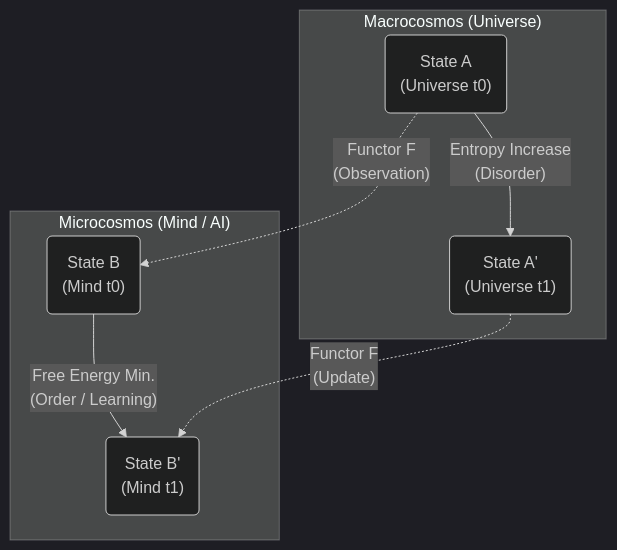
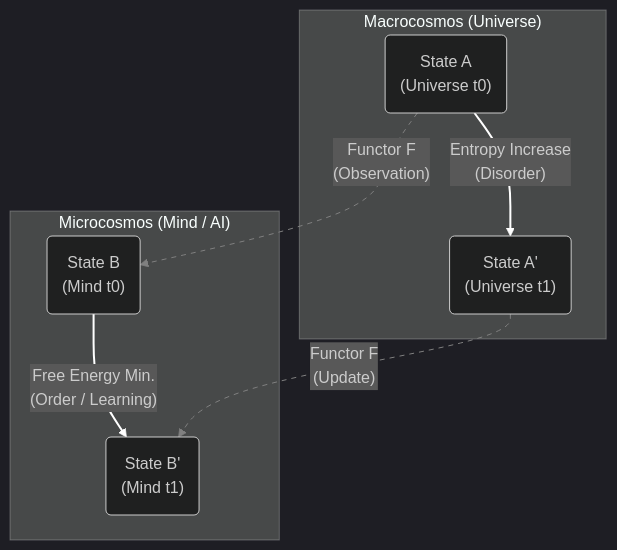
Before and after one commit to ProjectFE-Zero/project-fractal-entropy: the diagram in 07_The_Missing_Link.md, drawn with Mermaid.

````diff
--- a/07_The_Missing_Link.md
+++ b/07_The_Missing_Link.md
@@ -27,23 +27,27 @@
 ```mermaid
-%%{init: {'theme': 'dark', 'themeVariables': { 'fontSize': '16px', 'fontFamily': 'arial' }}}%%
+%%{init: {'theme': 'dark', 'themeVariables': { 'fontSize': '16px', 'fontFamily': 'arial', 'darkMode': true }}}%%
 graph TD
     subgraph Universe ["Macrocosmos (Universe)"]
         A("State A <br/>(Universe t0)")
         A_prime("State A' <br/>(Universe t1)")
     end
 
     subgraph Mind ["Microcosmos (Mind / AI)"]
         B("State B <br/>(Mind t0)")
         B_prime("State B' <br/>(Mind t1)")
     end
 
     %% Morphisms (Arrows)
     A -- "Entropy Increase<br/>(Disorder)" --> A_prime
     B -- "Free Energy Min.<br/>(Order / Learning)" --> B_prime
 
     %% Functor F
     A -. "Functor F<br/>(Observation)" .-> B
     A_prime -. "Functor F<br/>(Update)" .-> B_prime
 
-
+    %% Styling (Color Names)
+    linkStyle 0 stroke-width:2px,fill:none,stroke:white;
+    linkStyle 1 stroke-width:2px,fill:none,stroke:white;
+    linkStyle 2 stroke-width:1px,stroke-dasharray: 5 5,stroke:gray;
+    linkStyle 3 stroke-width:1px,stroke-dasharray: 5 5,stroke:gray;
 ```
````
